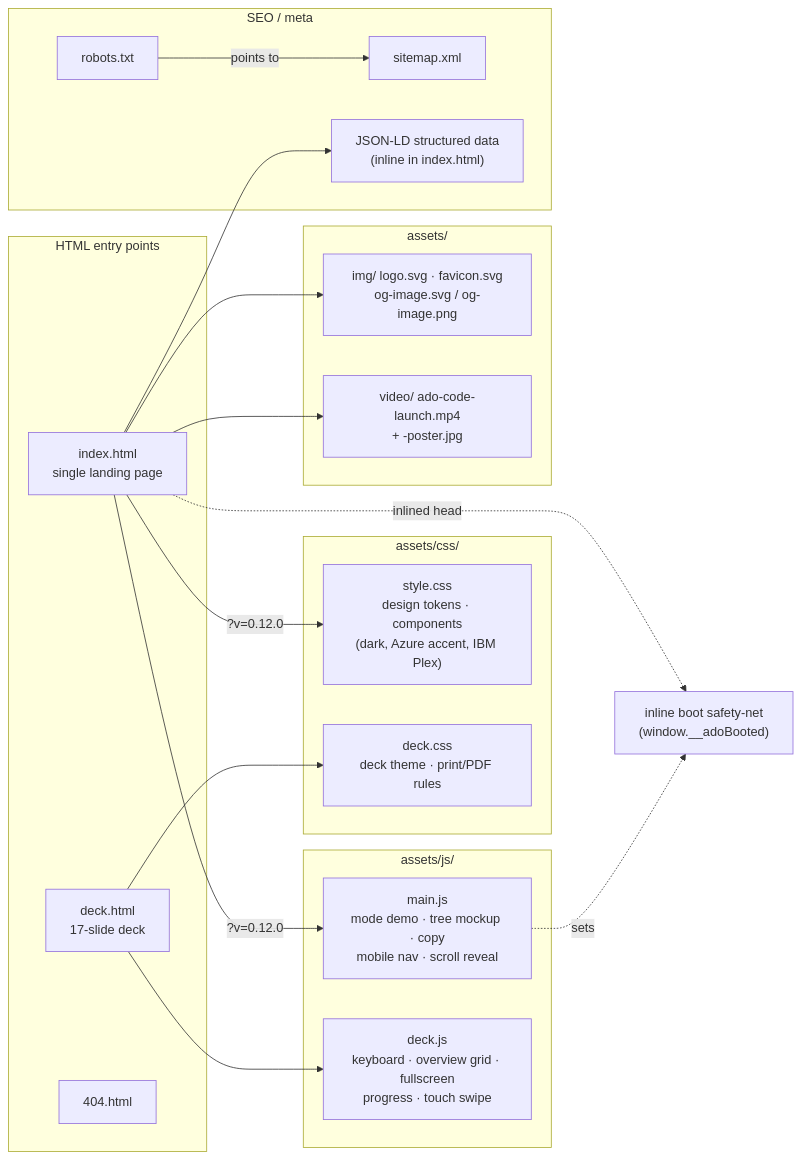
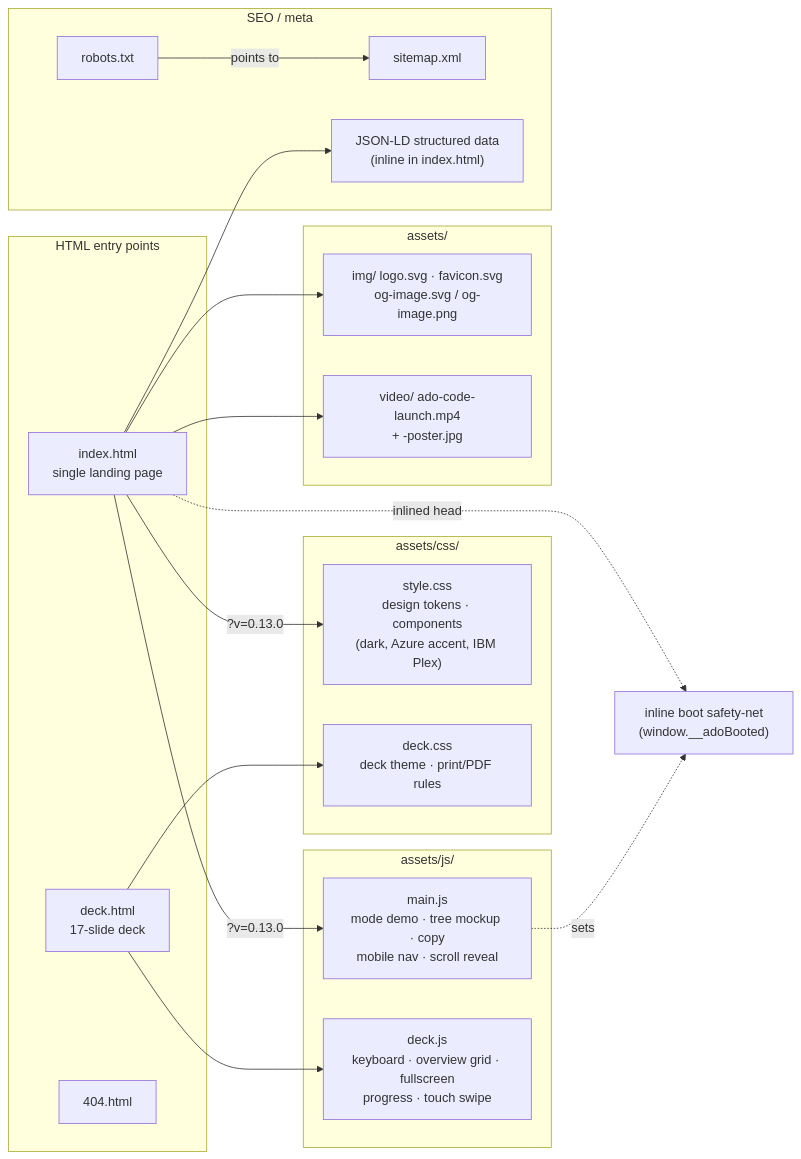
One commit to steelburn/ado-web changed the second of 4 diagrams in docs/architecture.md. Above: the diagram before and after it, drawn with Mermaid. The commit also changed 18 other files, not shown here.

````diff
--- a/docs/architecture.md
+++ b/docs/architecture.md
@@ -79,42 +79,42 @@
 ```mermaid
 flowchart LR
     subgraph Pages["HTML entry points"]
         IDX["index.html<br/>single landing page"]
         DECK["deck.html<br/>17-slide deck"]
         E404["404.html"]
     end
 
     subgraph CSS["assets/css/"]
         STY["style.css<br/>design tokens · components<br/>(dark, Azure accent, IBM Plex)"]
         DCSS["deck.css<br/>deck theme · print/PDF rules"]
     end
 
     subgraph JS["assets/js/"]
         MAIN["main.js<br/>mode demo · tree mockup · copy<br/>mobile nav · scroll reveal"]
         DJS["deck.js<br/>keyboard · overview grid · fullscreen<br/>progress · touch swipe"]
     end
 
     subgraph Media["assets/"]
         IMG["img/ logo.svg · favicon.svg<br/>og-image.svg / og-image.png"]
         VID["video/ ado-code-launch.mp4<br/>+ -poster.jpg"]
     end
 
     subgraph SEO["SEO / meta"]
         SM["sitemap.xml"]
         RB["robots.txt"]
         LD["JSON-LD structured data<br/>(inline in index.html)"]
     end
 
-    IDX -->|"?v=0.12.0"| STY
-    IDX -->|"?v=0.12.0"| MAIN
+    IDX -->|"?v=0.13.0"| STY
+    IDX -->|"?v=0.13.0"| MAIN
     IDX --> IMG
     IDX --> VID
     IDX --> LD
     DECK --> DCSS
     DECK --> DJS
 
     IDX -.->|inlined head| BOOT["inline boot safety-net<br/>(window.__adoBooted)"]
     MAIN -.->|sets| BOOT
 
     RB -->|points to| SM
 ```
````
